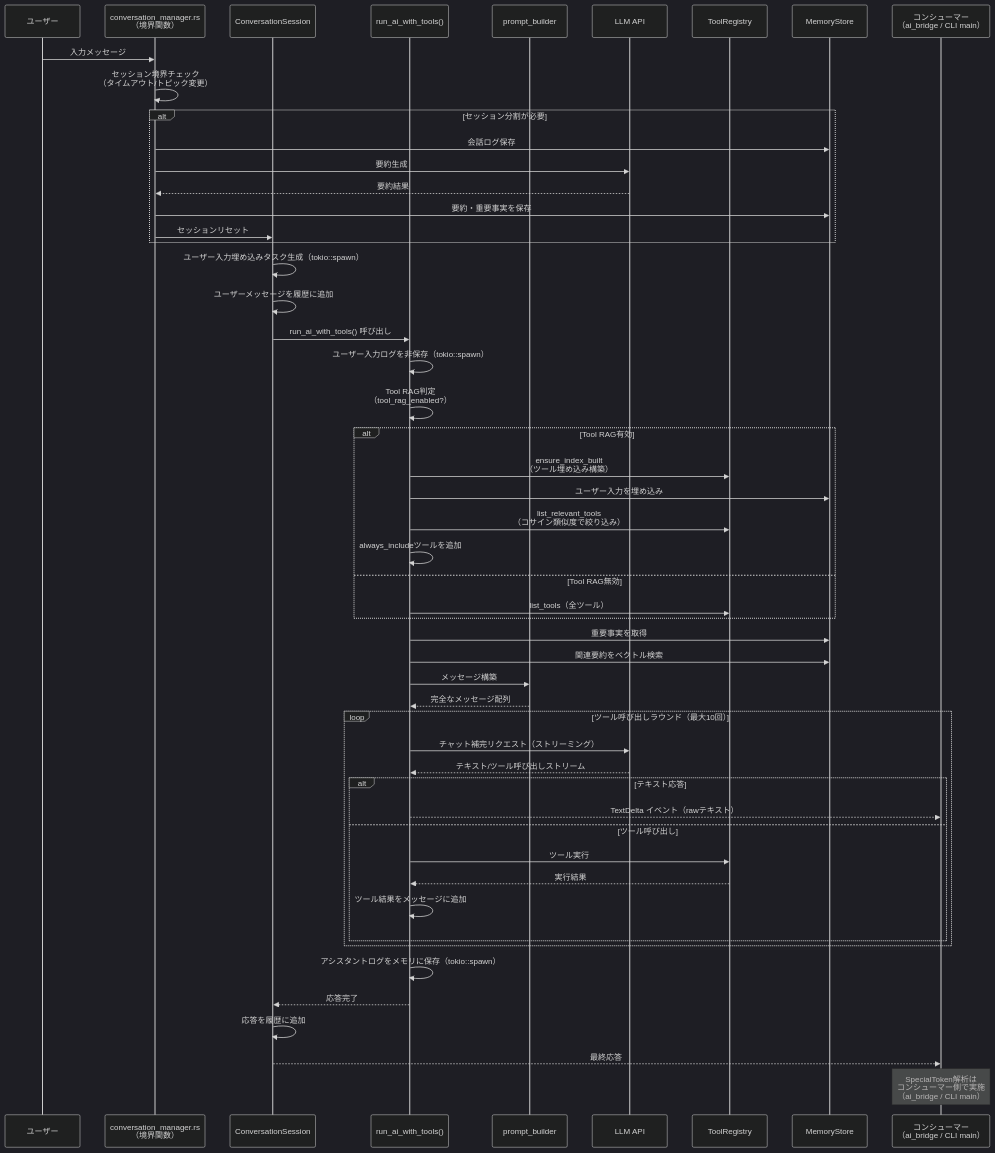
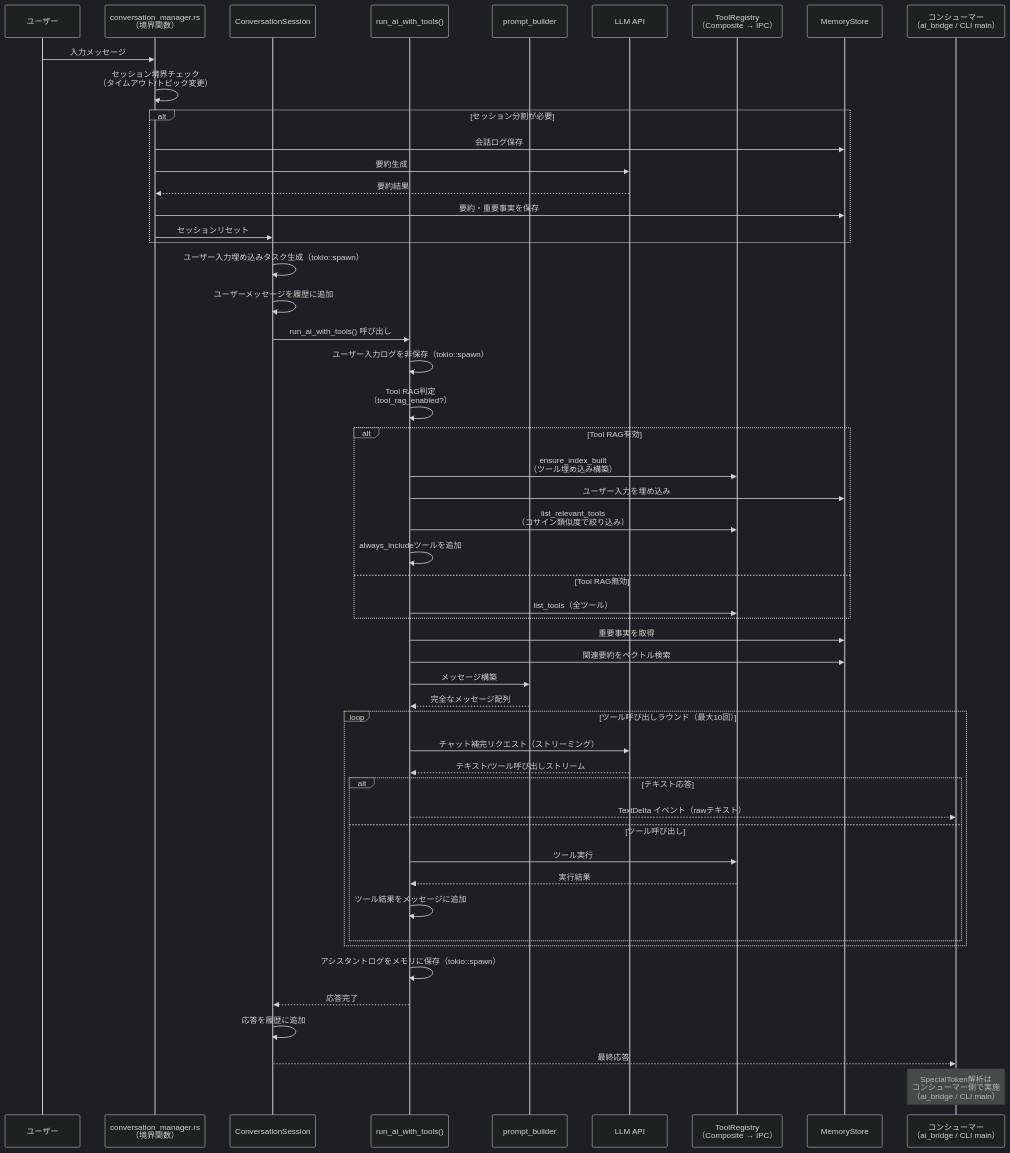
Before and after one commit to pexisgle/ene: the second of 15 diagrams in docs/ai-core-flow.md, drawn with Mermaid (dark theme). The commit also changed other lines of this file and 1 other file, not shown here.

First line of the commit message:
docs: update ai-core-flow.md and tool-ipc-migration.md for IPC architecture

````diff
--- a/docs/ai-core-flow.md
+++ b/docs/ai-core-flow.md
@@ -112,60 +123,60 @@
 ```mermaid
 sequenceDiagram
     participant User as ユーザー
     participant SessionFuncs as conversation_manager.rs<br/>（境界関数）
     participant Session as ConversationSession
     participant Stream as run_ai_with_tools()
     participant Prompt as prompt_builder
     participant LLM as LLM API
-    participant Tools as ToolRegistry
+    participant Tools as ToolRegistry<br/>（Composite → IPC）
     participant Memory as MemoryStore
     participant Consumer as コンシューマー<br/>（ai_bridge / CLI main）
 
     User->>SessionFuncs: 入力メッセージ
     SessionFuncs->>SessionFuncs: セッション境界チェック<br/>（タイムアウト/トピック変更）
     alt セッション分割が必要
         SessionFuncs->>Memory: 会話ログ保存
         SessionFuncs->>LLM: 要約生成
         LLM-->>SessionFuncs: 要約結果
         SessionFuncs->>Memory: 要約・重要事実を保存
         SessionFuncs->>Session: セッションリセット
     end
 
     Session->>Session: ユーザー入力埋め込みタスク生成（tokio::spawn）
     Session->>Session: ユーザーメッセージを履歴に追加
     Session->>Stream: run_ai_with_tools() 呼び出し
 
     Stream->>Stream: ユーザー入力ログを非保存（tokio::spawn）
     Stream->>Stream: Tool RAG判定<br/>（tool_rag_enabled?）
     alt Tool RAG有効
         Stream->>Tools: ensure_index_built<br/>（ツール埋め込み構築）
         Stream->>Memory: ユーザー入力を埋め込み
         Stream->>Tools: list_relevant_tools<br/>（コサイン類似度で絞り込み）
         Stream->>Stream: always_includeツールを追加
     else Tool RAG無効
         Stream->>Tools: list_tools（全ツール）
     end
     Stream->>Memory: 重要事実を取得
     Stream->>Memory: 関連要約をベクトル検索
     Stream->>Prompt: メッセージ構築
     Prompt-->>Stream: 完全なメッセージ配列
 
     loop ツール呼び出しラウンド（最大10回）
         Stream->>LLM: チャット補完リクエスト（ストリーミング）
         LLM-->>Stream: テキスト/ツール呼び出しストリーム
         alt テキスト応答
             Stream-->>Consumer: TextDelta イベント（rawテキスト）
         else ツール呼び出し
             Stream->>Tools: ツール実行
             Tools-->>Stream: 実行結果
             Stream->>Stream: ツール結果をメッセージに追加
         end
     end
 
     Stream->>Stream: アシスタントログをメモリに保存（tokio::spawn）
     Stream-->>Session: 応答完了
     Session->>Session: 応答を履歴に追加
     Session-->>Consumer: 最終応答
 
     Note over Consumer: SpecialToken解析は<br/>コンシューマー側で実施<br/>（ai_bridge / CLI main）
 ```
````
